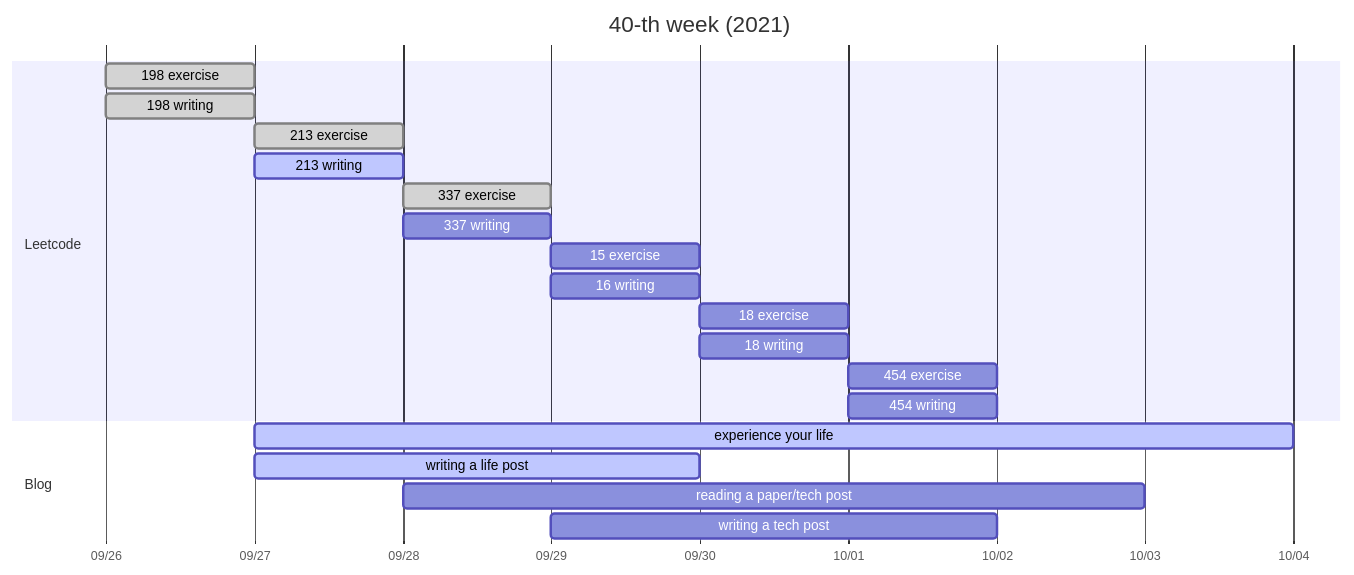
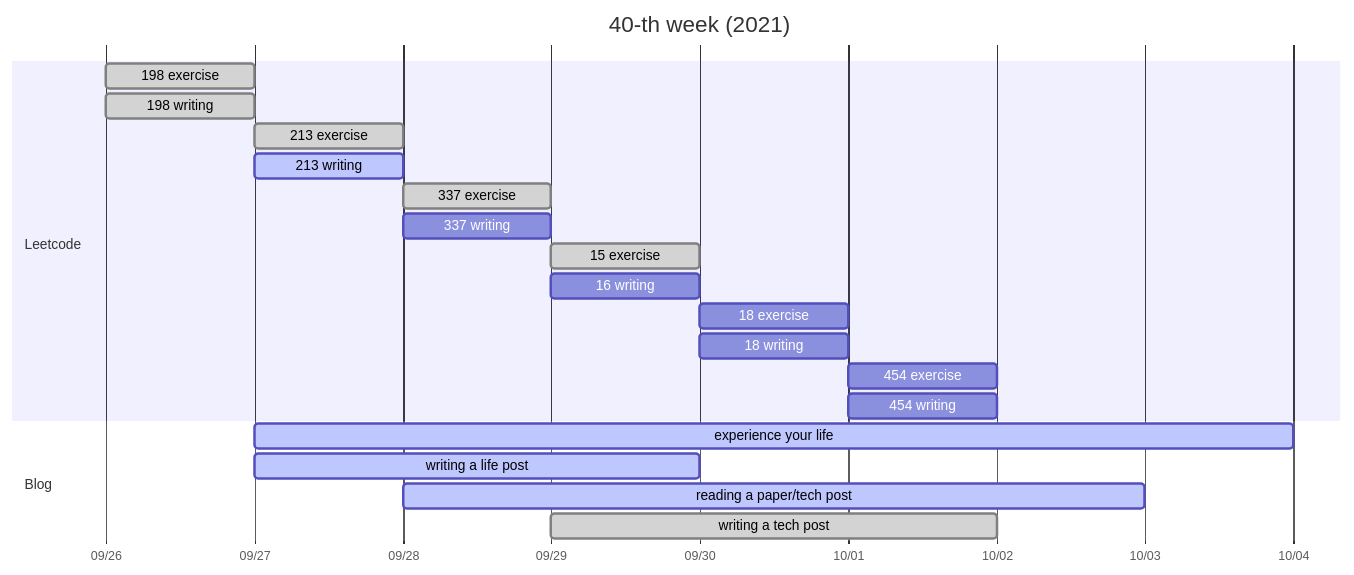
One commit to michaelmoju/allenyummy.github.io changed the diagram in _posts/2021-09-27-40th-weekly-progress.md. Above: the diagram before and after it, drawn with Mermaid.

Commit message:
[modified] 2021-09-27-40th-weekly-progress.md

````diff
--- a/_posts/2021-09-27-40th-weekly-progress.md
+++ b/_posts/2021-09-27-40th-weekly-progress.md
@@ -23,26 +23,26 @@
 ```mermaid
 gantt
     title 40-th week (2021)
     dateFormat  YYYY-MM-DD
     axisFormat  %m/%d
 
     section Leetcode
     198 exercise       : done  , L1, 2021-09-26, 1d
     198 writing        : done  , L2, 2021-09-26, 1d
     213 exercise       : done  , L3, 2021-09-27, 1d
     213 writing        : active, L4, 2021-09-27, 1d
     337 exercise       : done  , L5, 2021-09-28, 1d
     337 writing        :         L6, 2021-09-28, 1d
-    15  exercise       :         L7, 2021-09-29, 1d
+    15  exercise       : done  , L7, 2021-09-29, 1d
     16  writing        :         L8, 2021-09-29, 1d
     18  exercise       :         L9, 2021-09-30, 1d
     18  writing        :         L10,2021-09-30, 1d
     454 exercise       :         L11,2021-10-01, 1d
     454 writing        :         L12,2021-10-01, 1d
 
     section Blog
     experience your life: active, B1, 2021-09-27, 7d
     writing a life post : active, B2, 2021-09-27, 3d
-    reading a paper/tech post:    B3, 2021-09-28, 5d
-    writing a tech post :         B4, 2021-09-29, 3d
+    reading a paper/tech post: active, B3, 2021-09-28, 5d
+    writing a tech post : done  , B4, 2021-09-29, 3d
 ```
````
